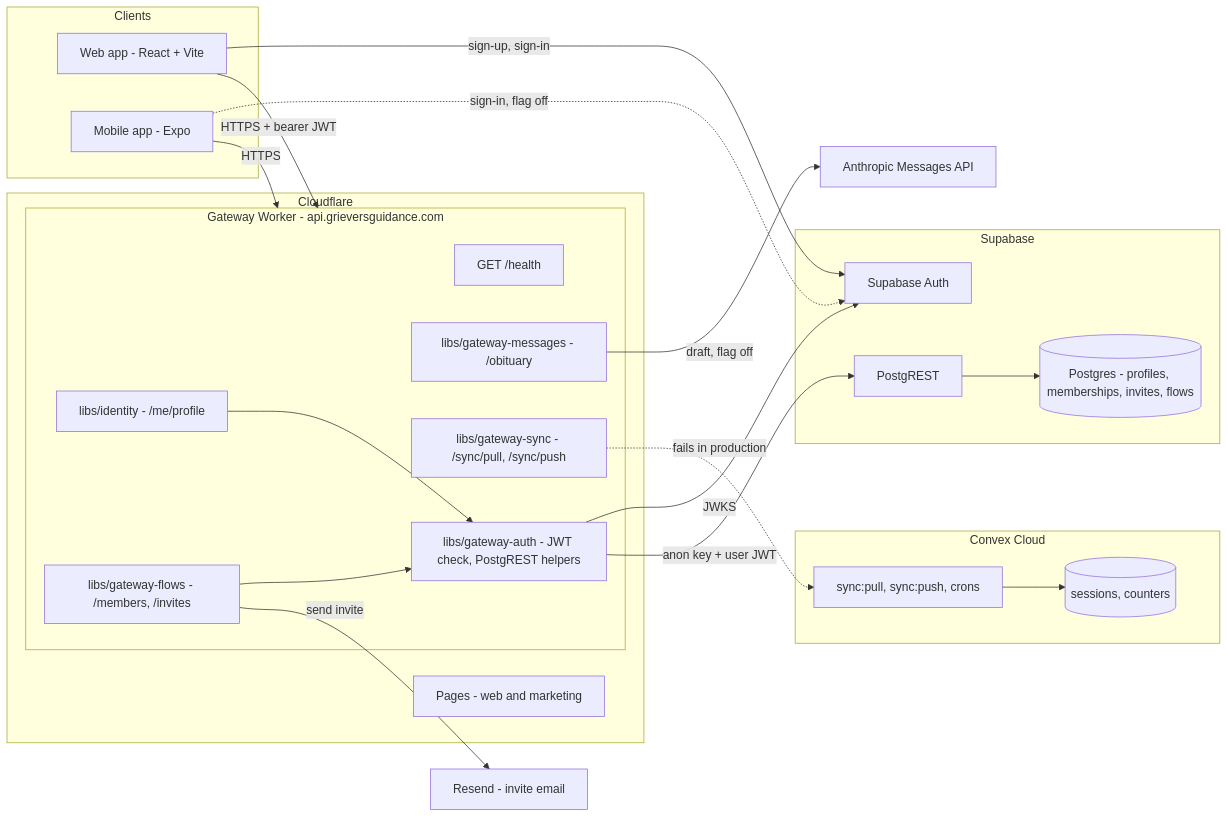
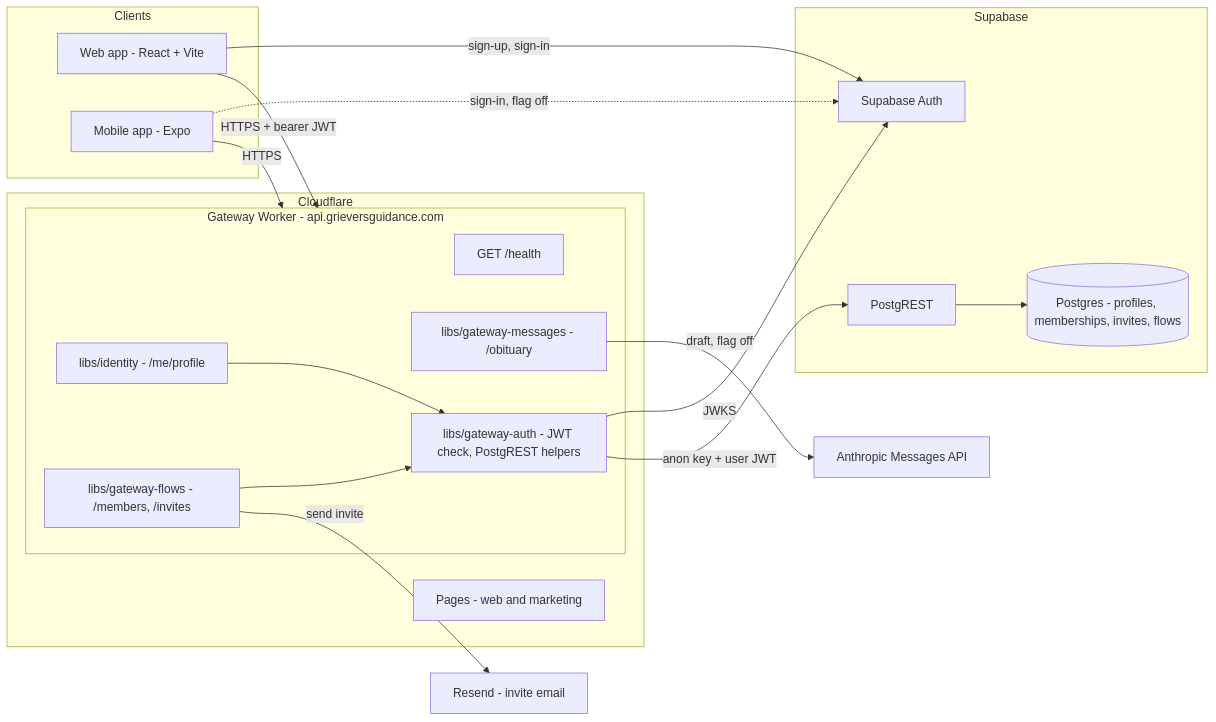
One commit to grieverguidetech/griever-guidance changed the first of 8 diagrams in docs/backend-services.md. Above: the diagram before and after it, drawn with Mermaid. The commit also changed other lines of this file and 56 other files, not shown here.

First line of the commit message:
chore: remove Convex and the /sync routes (#203)

````diff
--- a/docs/backend-services.md
+++ b/docs/backend-services.md
@@ -399,47 +367,39 @@
 ```mermaid
 flowchart LR
   subgraph Clients["Clients"]
     WEB["Web app - React + Vite"]
     MOB["Mobile app - Expo"]
   end
 
   subgraph CF["Cloudflare"]
     PAGES["Pages - web and marketing"]
     subgraph GW["Gateway Worker - api.grieversguidance.com"]
       HEALTH["GET /health"]
       ID["libs/identity - /me/profile"]
       FLOWS["libs/gateway-flows - /members, /invites"]
       MSG["libs/gateway-messages - /obituary"]
-      SYNC["libs/gateway-sync - /sync/pull, /sync/push"]
       AUTH["libs/gateway-auth - JWT check, PostgREST helpers"]
     end
   end
 
   subgraph SB["Supabase"]
     SBAUTH["Supabase Auth"]
     REST["PostgREST"]
     PG[("Postgres - profiles, memberships, invites, flows")]
-  end
-
-  subgraph CVX["Convex Cloud"]
-    CFN["sync:pull, sync:push, crons"]
-    CDB[("sessions, counters")]
   end
 
   RESEND["Resend - invite email"]
   ANTH["Anthropic Messages API"]
 
   WEB -->|"sign-up, sign-in"| SBAUTH
   MOB -.->|"sign-in, flag off"| SBAUTH
   WEB -->|"HTTPS + bearer JWT"| GW
   MOB -->|"HTTPS"| GW
   ID --> AUTH
   FLOWS --> AUTH
   AUTH -->|"JWKS"| SBAUTH
   AUTH -->|"anon key + user JWT"| REST
   REST --> PG
   FLOWS -->|"send invite"| RESEND
   MSG -->|"draft, flag off"| ANTH
-  SYNC -.->|"fails in production"| CFN
-  CFN --> CDB
 ```
````
